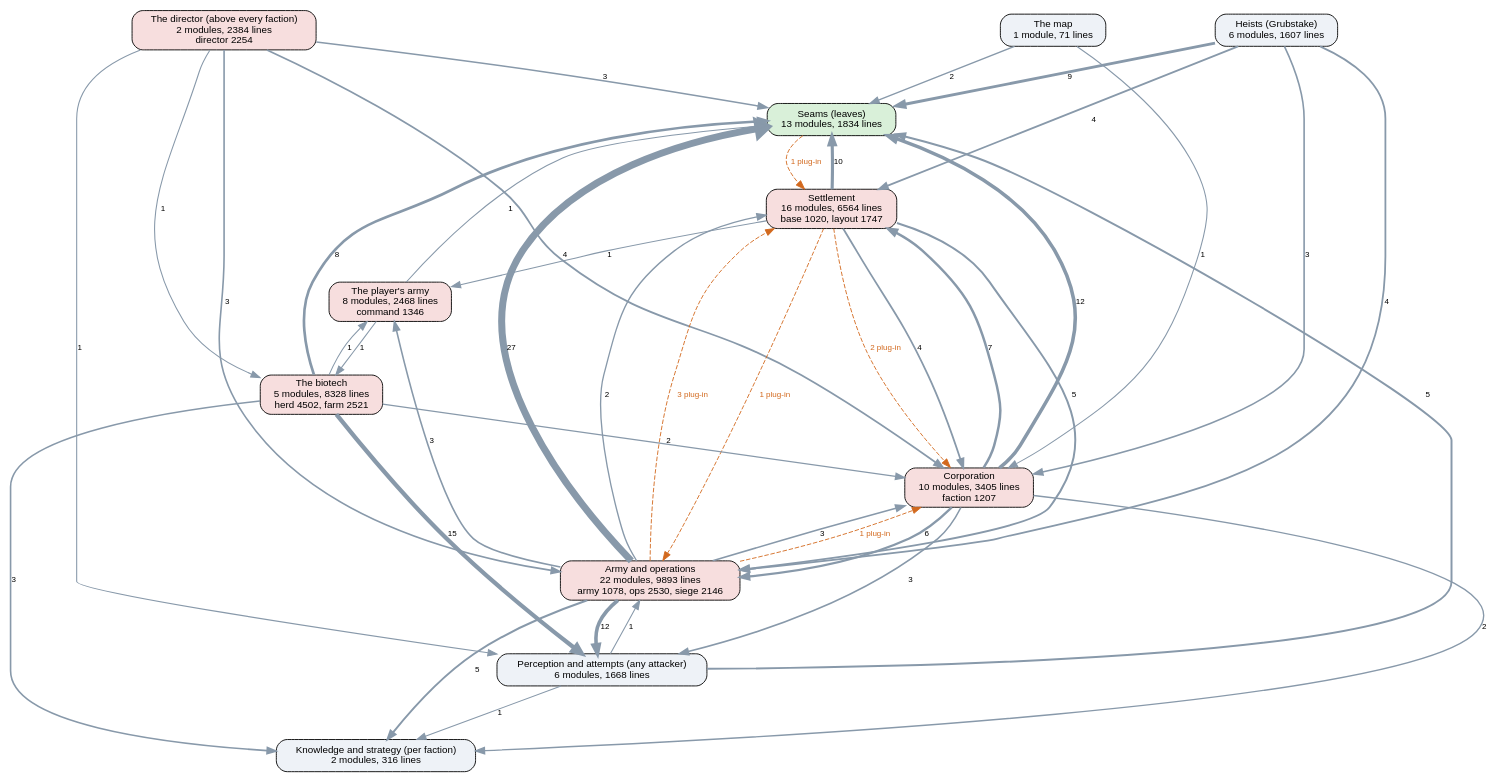
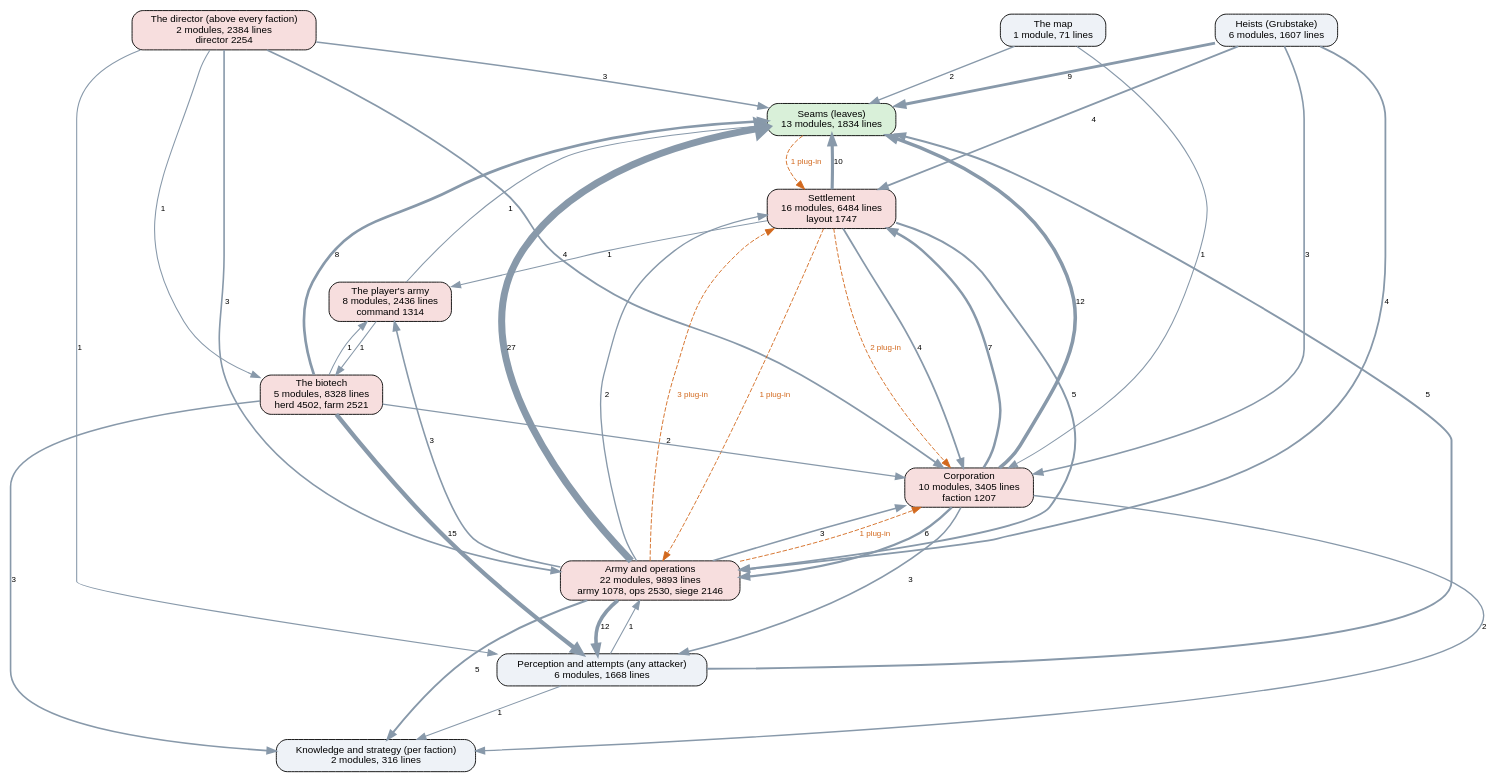
Before and after one commit to kinelhu/landing-party: the diagram in docs/ai-layers.dot, drawn with Graphviz. The commit also changed 22 other files, not shown here.

```diff
--- a/docs/ai-layers.dot
+++ b/docs/ai-layers.dot
@@ -1,57 +1,57 @@
 digraph layers {
   graph [rankdir=TB, fontname="Helvetica", nodesep=0.5, ranksep=0.7];
   node [shape=box, style="rounded,filled", fontname="Helvetica", fontsize=11, fillcolor="#eef2f7"];
   edge [color="#8899aa", fontname="Helvetica", fontsize=9];
   "Seams (leaves)" [label="Seams (leaves)\n13 modules, 1834 lines", fillcolor="#d9f0d9"];
   "Perception and attempts (any attacker)" [label="Perception and attempts (any attacker)\n6 modules, 1668 lines", fillcolor="#eef2f7"];
   "Knowledge and strategy (per faction)" [label="Knowledge and strategy (per faction)\n2 modules, 316 lines", fillcolor="#eef2f7"];
   "The director (above every faction)" [label="The director (above every faction)\n2 modules, 2384 lines\ndirector 2254", fillcolor="#f7dede"];
   "Corporation" [label="Corporation\n10 modules, 3405 lines\nfaction 1207", fillcolor="#f7dede"];
-  "Settlement" [label="Settlement\n16 modules, 6564 lines\nbase 1020, layout 1747", fillcolor="#f7dede"];
+  "Settlement" [label="Settlement\n16 modules, 6484 lines\nlayout 1747", fillcolor="#f7dede"];
   "Army and operations" [label="Army and operations\n22 modules, 9893 lines\narmy 1078, ops 2530, siege 2146", fillcolor="#f7dede"];
   "Heists (Grubstake)" [label="Heists (Grubstake)\n6 modules, 1607 lines", fillcolor="#eef2f7"];
   "The biotech" [label="The biotech\n5 modules, 8328 lines\nherd 4502, farm 2521", fillcolor="#f7dede"];
   "The map" [label="The map\n1 module, 71 lines", fillcolor="#eef2f7"];
-  "The player's army" [label="The player's army\n8 modules, 2468 lines\ncommand 1346", fillcolor="#f7dede"];
+  "The player's army" [label="The player's army\n8 modules, 2436 lines\ncommand 1314", fillcolor="#f7dede"];
   "Army and operations" -> "Corporation" [label="3", penwidth=1.8];
   "Army and operations" -> "Knowledge and strategy (per faction)" [label="5", penwidth=2.2];
   "Army and operations" -> "Perception and attempts (any attacker)" [label="12", penwidth=4.0];
   "Army and operations" -> "Seams (leaves)" [label="27", penwidth=7.8];
   "Army and operations" -> "Settlement" [label="2", penwidth=1.5];
   "Army and operations" -> "The player's army" [label="3", penwidth=1.8];
   "Corporation" -> "Army and operations" [label="6", penwidth=2.5];
   "Corporation" -> "Knowledge and strategy (per faction)" [label="2", penwidth=1.5];
   "Corporation" -> "Perception and attempts (any attacker)" [label="3", penwidth=1.8];
   "Corporation" -> "Seams (leaves)" [label="12", penwidth=4.0];
   "Corporation" -> "Settlement" [label="7", penwidth=2.8];
   "Heists (Grubstake)" -> "Army and operations" [label="4", penwidth=2.0];
   "Heists (Grubstake)" -> "Corporation" [label="3", penwidth=1.8];
   "Heists (Grubstake)" -> "Seams (leaves)" [label="9", penwidth=3.2];
   "Heists (Grubstake)" -> "Settlement" [label="4", penwidth=2.0];
   "Perception and attempts (any attacker)" -> "Army and operations" [label="1", penwidth=1.2];
   "Perception and attempts (any attacker)" -> "Knowledge and strategy (per faction)" [label="1", penwidth=1.2];
   "Perception and attempts (any attacker)" -> "Seams (leaves)" [label="5", penwidth=2.2];
   "Settlement" -> "Army and operations" [label="5", penwidth=2.2];
   "Settlement" -> "Corporation" [label="4", penwidth=2.0];
   "Settlement" -> "Seams (leaves)" [label="10", penwidth=3.5];
   "Settlement" -> "The player's army" [label="1", penwidth=1.2];
   "The biotech" -> "Corporation" [label="2", penwidth=1.5];
   "The biotech" -> "Knowledge and strategy (per faction)" [label="3", penwidth=1.8];
   "The biotech" -> "Perception and attempts (any attacker)" [label="15", penwidth=4.8];
   "The biotech" -> "Seams (leaves)" [label="8", penwidth=3.0];
   "The biotech" -> "The player's army" [label="1", penwidth=1.2];
   "The director (above every faction)" -> "Army and operations" [label="3", penwidth=1.8];
   "The director (above every faction)" -> "Corporation" [label="4", penwidth=2.0];
   "The director (above every faction)" -> "Perception and attempts (any attacker)" [label="1", penwidth=1.2];
   "The director (above every faction)" -> "Seams (leaves)" [label="3", penwidth=1.8];
   "The director (above every faction)" -> "The biotech" [label="1", penwidth=1.2];
   "The map" -> "Corporation" [label="1", penwidth=1.2];
   "The map" -> "Seams (leaves)" [label="2", penwidth=1.5];
   "The player's army" -> "Seams (leaves)" [label="1", penwidth=1.2];
   "The player's army" -> "The biotech" [label="1", penwidth=1.2];
   "Army and operations" -> "Corporation" [style=dashed, color="#d2691e", fontcolor="#d2691e", label="1 plug-in"];
   "Army and operations" -> "Settlement" [style=dashed, color="#d2691e", fontcolor="#d2691e", label="3 plug-in"];
   "Seams (leaves)" -> "Settlement" [style=dashed, color="#d2691e", fontcolor="#d2691e", label="1 plug-in"];
   "Settlement" -> "Army and operations" [style=dashed, color="#d2691e", fontcolor="#d2691e", label="1 plug-in"];
   "Settlement" -> "Corporation" [style=dashed, color="#d2691e", fontcolor="#d2691e", label="2 plug-in"];
 }
```
